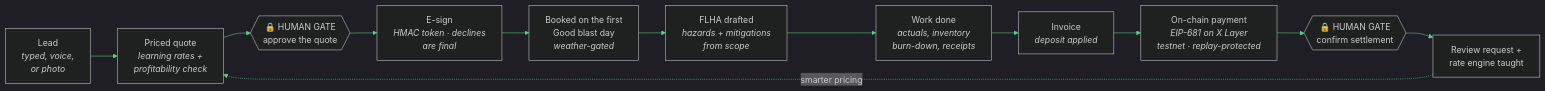
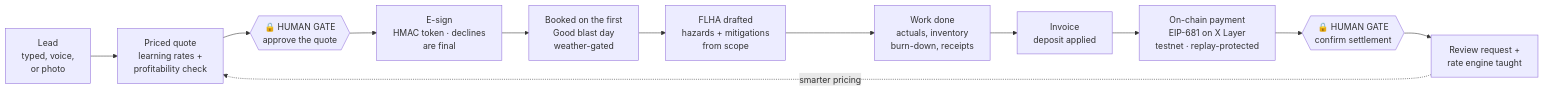
The second of 2 diagrams in README.md (kr8tiv-ai/evolved), drawn with Mermaid before and after one commit. The commit also changed other lines of this file, not shown here.

Commit message:
Fix GitHub 'Unable to render rich display': make mermaid diagrams GitHub-safe (drop init directive + <i> tags)

````diff
--- a/README.md
+++ b/README.md
@@ -153,15 +152,14 @@
 ```mermaid
-%%{init: {"theme": "dark", "themeVariables": {"primaryColor": "#101010", "primaryBorderColor": "#4ade80", "primaryTextColor": "#f3f4f6", "lineColor": "#4ade80", "fontFamily": "Segoe UI"}}}%%
 flowchart LR
-    A[Lead<br><i>typed, voice,<br>or photo</i>] --> B[Priced quote<br><i>learning rates +<br>profitability check</i>]
+    A[Lead<br>typed, voice,<br>or photo] --> B[Priced quote<br>learning rates +<br>profitability check]
     B --> G1{{"🔒 HUMAN GATE<br>approve the quote"}}
-    G1 --> C[E-sign<br><i>HMAC token · declines<br>are final</i>]
-    C --> D[Booked on the first<br>Good blast day<br><i>weather-gated</i>]
-    D --> E[FLHA drafted<br><i>hazards + mitigations<br>from scope</i>]
-    E --> F[Work done<br><i>actuals, inventory<br>burn-down, receipts</i>]
-    F --> H[Invoice<br><i>deposit applied</i>]
-    H --> I[On-chain payment<br><i>EIP-681 on X Layer<br>testnet · replay-protected</i>]
+    G1 --> C[E-sign<br>HMAC token · declines<br>are final]
+    C --> D[Booked on the first<br>Good blast day<br>weather-gated]
+    D --> E[FLHA drafted<br>hazards + mitigations<br>from scope]
+    E --> F[Work done<br>actuals, inventory<br>burn-down, receipts]
+    F --> H[Invoice<br>deposit applied]
+    H --> I[On-chain payment<br>EIP-681 on X Layer<br>testnet · replay-protected]
     I --> G2{{"🔒 HUMAN GATE<br>confirm settlement"}}
     G2 --> J[Review request +<br>rate engine taught]
     J -.->|smarter pricing| B
 ```
````
